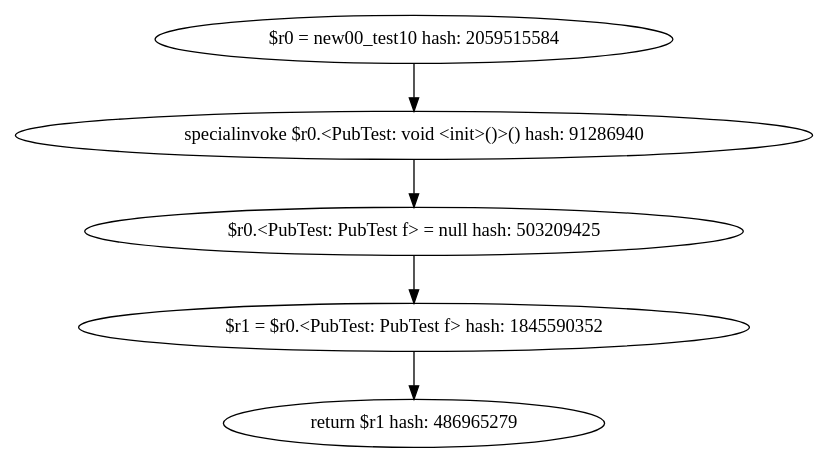
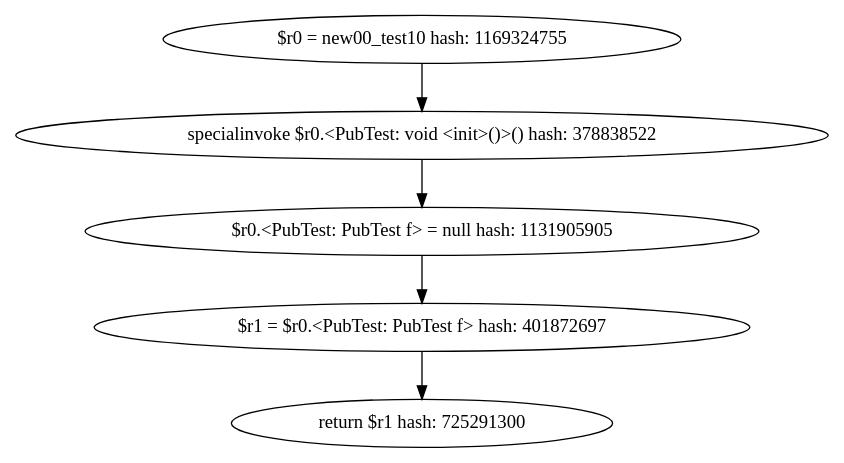
The diagram in target1-pub/PubTest.test10.intra.debug.dot (khushit-shah/PointsToAnalysisJava), drawn with Graphviz before and after one commit. The commit also changed 134 other files, not shown here.

```diff
--- a/target1-pub/PubTest.test10.intra.debug.dot
+++ b/target1-pub/PubTest.test10.intra.debug.dot
@@ -1,11 +1,11 @@
 digraph "./target1-pub/PubTest.test10.intra.debug" {
-    "$r0 = new00_test10 hash: 2059515584";
-    "specialinvoke $r0.<PubTest: void <init>()>() hash: 91286940";
-    "$r0.<PubTest: PubTest f> = null hash: 503209425";
-    "$r1 = $r0.<PubTest: PubTest f> hash: 1845590352";
-    "return $r1 hash: 486965279";
-    "$r0 = new00_test10 hash: 2059515584"->"specialinvoke $r0.<PubTest: void <init>()>() hash: 91286940";
-    "specialinvoke $r0.<PubTest: void <init>()>() hash: 91286940"->"$r0.<PubTest: PubTest f> = null hash: 503209425";
-    "$r0.<PubTest: PubTest f> = null hash: 503209425"->"$r1 = $r0.<PubTest: PubTest f> hash: 1845590352";
-    "$r1 = $r0.<PubTest: PubTest f> hash: 1845590352"->"return $r1 hash: 486965279";
+    "$r0 = new00_test10 hash: 1169324755";
+    "specialinvoke $r0.<PubTest: void <init>()>() hash: 378838522";
+    "$r0.<PubTest: PubTest f> = null hash: 1131905905";
+    "$r1 = $r0.<PubTest: PubTest f> hash: 401872697";
+    "return $r1 hash: 725291300";
+    "$r0 = new00_test10 hash: 1169324755"->"specialinvoke $r0.<PubTest: void <init>()>() hash: 378838522";
+    "specialinvoke $r0.<PubTest: void <init>()>() hash: 378838522"->"$r0.<PubTest: PubTest f> = null hash: 1131905905";
+    "$r0.<PubTest: PubTest f> = null hash: 1131905905"->"$r1 = $r0.<PubTest: PubTest f> hash: 401872697";
+    "$r1 = $r0.<PubTest: PubTest f> hash: 401872697"->"return $r1 hash: 725291300";
 }
```
